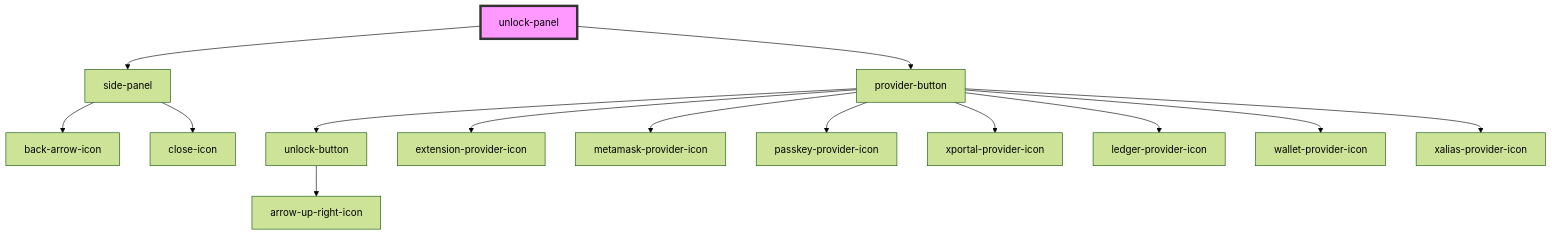
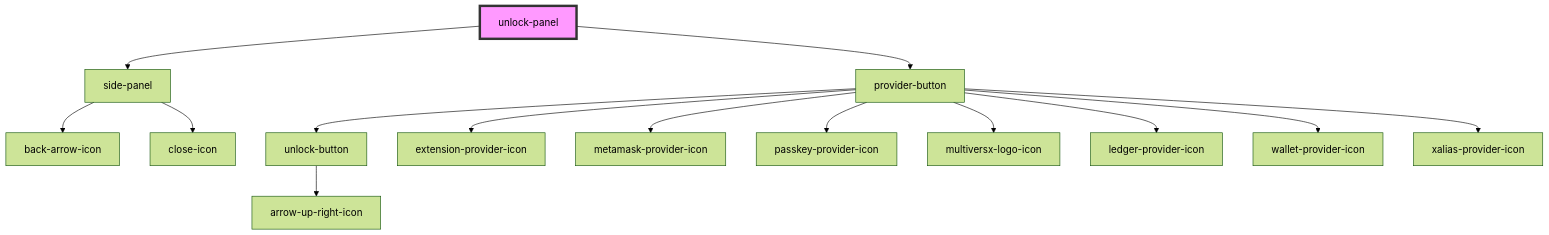
The diagram in src/components/visual/unlock-panel/readme.md (multiversx/mx-sdk-dapp-ui), drawn with Mermaid (forest theme) before and after one commit. The commit also changed 20 other files, not shown here.

````diff
--- a/src/components/visual/unlock-panel/readme.md
+++ b/src/components/visual/unlock-panel/readme.md
@@ -32,17 +32,17 @@
 ```mermaid
 graph TD;
   unlock-panel --> side-panel
   unlock-panel --> provider-button
   side-panel --> back-arrow-icon
   side-panel --> close-icon
   provider-button --> unlock-button
   provider-button --> extension-provider-icon
   provider-button --> metamask-provider-icon
   provider-button --> passkey-provider-icon
-  provider-button --> xportal-provider-icon
+  provider-button --> multiversx-logo-icon
   provider-button --> ledger-provider-icon
   provider-button --> wallet-provider-icon
   provider-button --> xalias-provider-icon
   unlock-button --> arrow-up-right-icon
   style unlock-panel fill:#f9f,stroke:#333,stroke-width:4px
 ```
````
